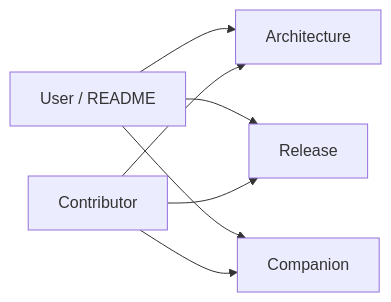
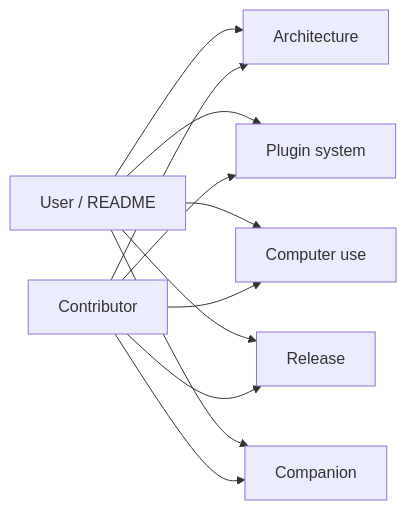
Before and after one commit to rururunu/Anya: the diagram in docs/README.md, drawn with Mermaid. The commit also changed other lines of this file and 363 other files, not shown here.

````diff
--- a/docs/README.md
+++ b/docs/README.md
@@ -20,9 +22,13 @@
 ```mermaid
 flowchart LR
   User[User / README] --> Arch[Architecture]
+  User --> Plug[Plugin system]
+  User --> CU[Computer use]
   User --> Rel[Release]
   User --> Comp[Companion]
   Dev[Contributor] --> Arch
+  Dev --> Plug
+  Dev --> CU
   Dev --> Rel
   Dev --> Comp
 ```
````
